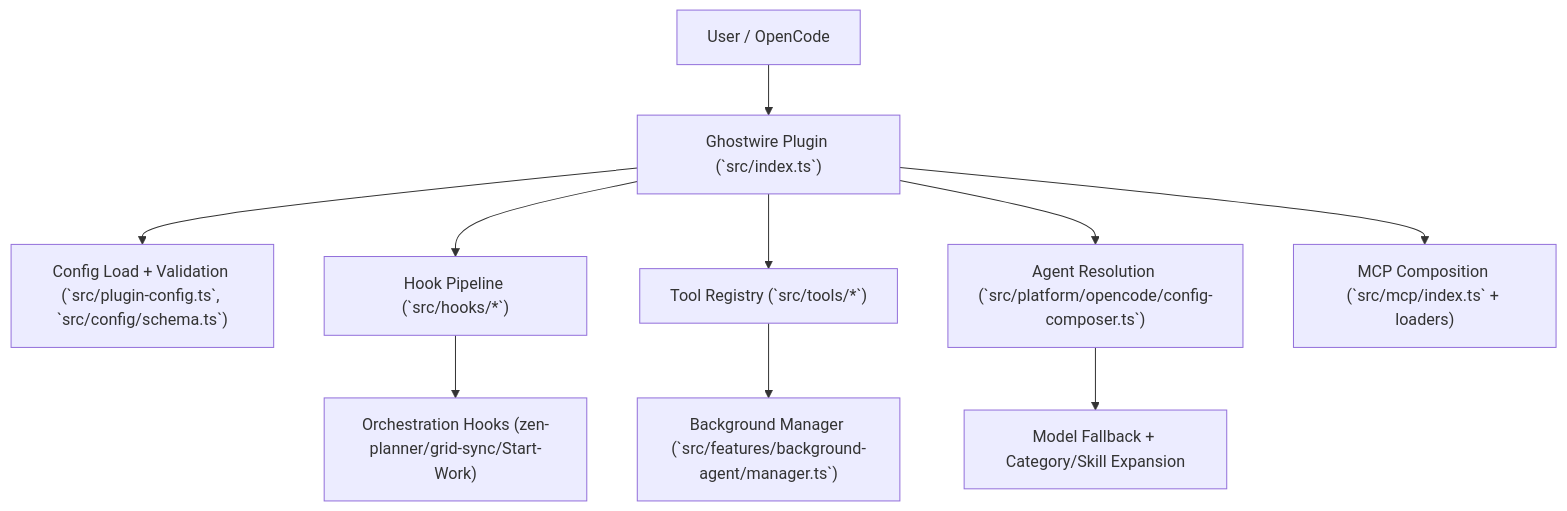
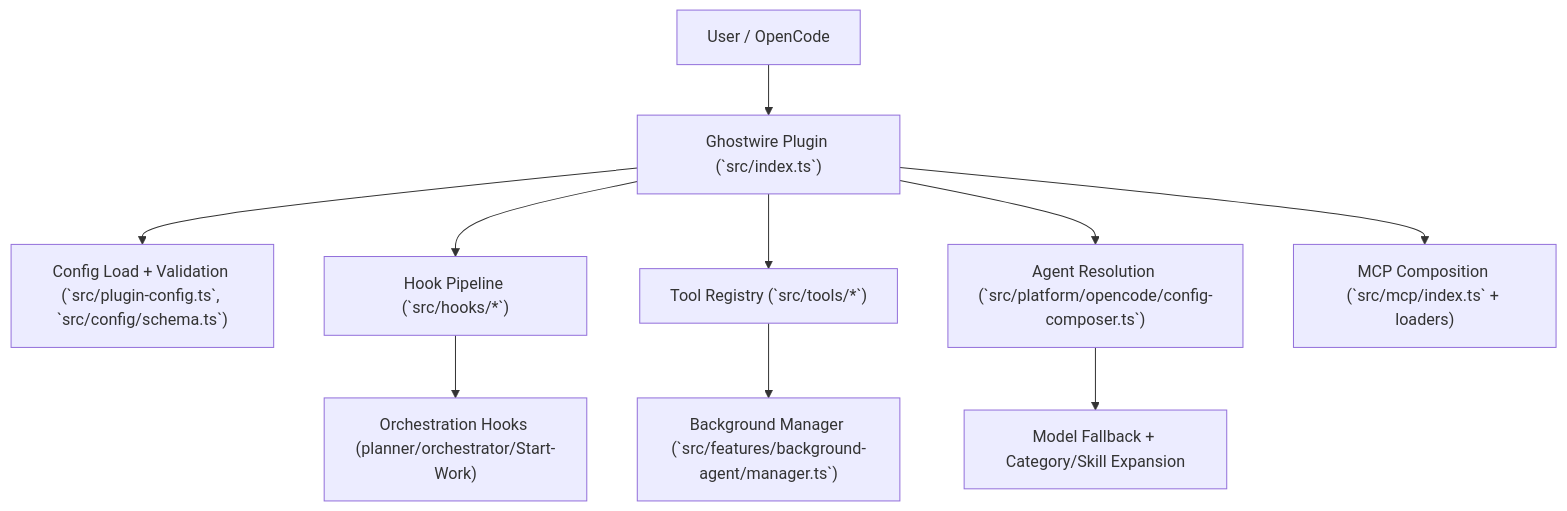
Before and after one commit to hackefeller/ghostwire: the diagram in docs/concepts/system-deep-dive.md, drawn with Mermaid. The commit also changed other lines of this file and 15 other files, not shown here.

````diff
--- a/docs/concepts/system-deep-dive.md
+++ b/docs/concepts/system-deep-dive.md
@@ -25,12 +25,12 @@
 ```mermaid
 flowchart TD
     U["User / OpenCode"] --> P["Ghostwire Plugin (`src/index.ts`)"]
     P --> C["Config Load + Validation (`src/plugin-config.ts`, `src/config/schema.ts`)"]
     P --> H["Hook Pipeline (`src/hooks/*`)"]
     P --> T["Tool Registry (`src/tools/*`)"]
     P --> A["Agent Resolution (`src/platform/opencode/config-composer.ts`)"]
     A --> M["Model Fallback + Category/Skill Expansion"]
     T --> B["Background Manager (`src/features/background-agent/manager.ts`)"]
-    H --> O["Orchestration Hooks (zen-planner/grid-sync/Start-Work)"]
+     H --> O["Orchestration Hooks (planner/orchestrator/Start-Work)"]
     P --> MCP["MCP Composition (`src/mcp/index.ts` + loaders)"]
 ```
````
